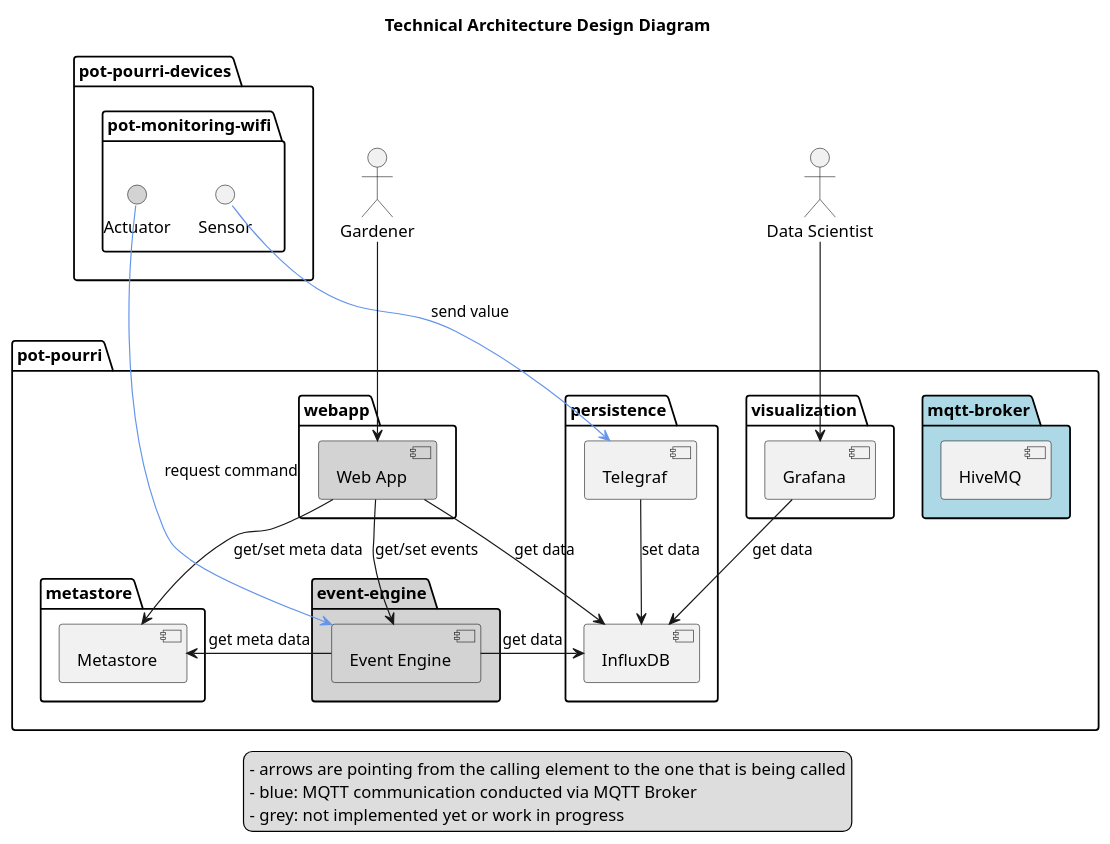
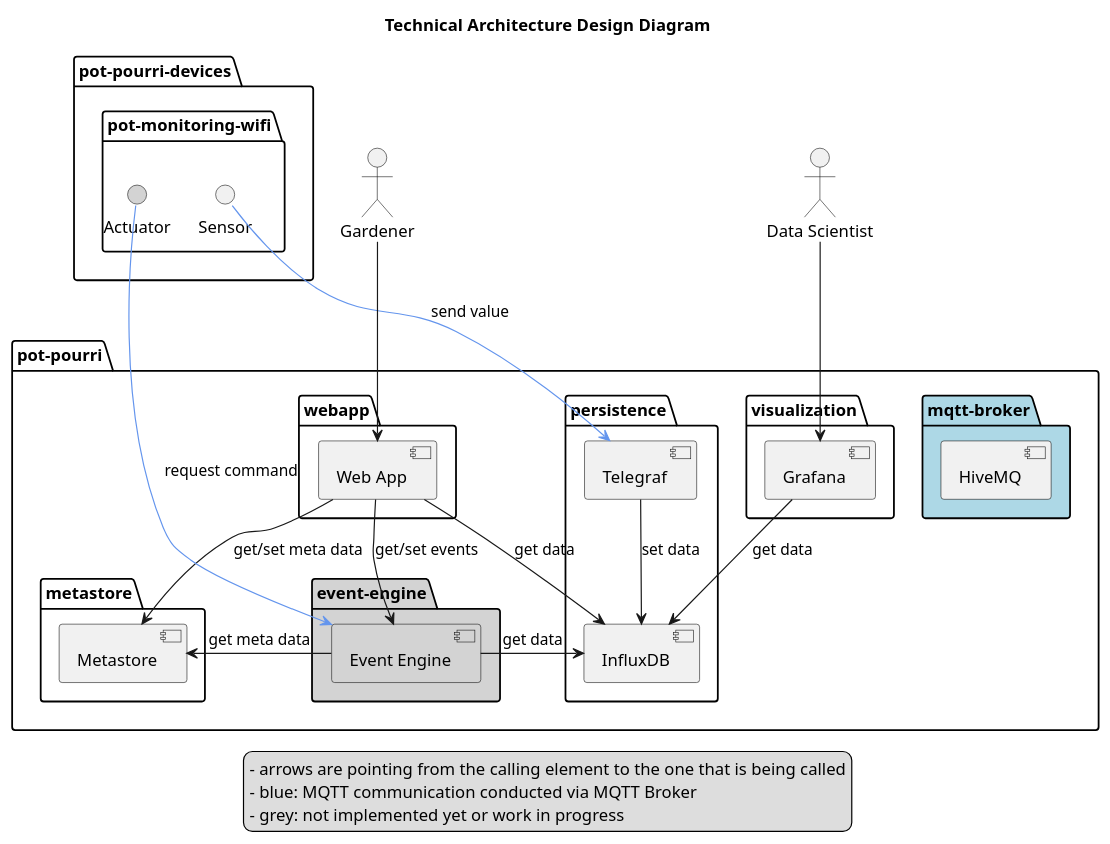
The diagram in docs/technical_architecture_design.plantuml (frederikheld/pot-pourri), drawn with PlantUML before and after one commit. The commit also changed 48 other files, not shown here.

```diff
--- a/docs/technical_architecture_design.plantuml
+++ b/docs/technical_architecture_design.plantuml
@@ -1,72 +1,72 @@
 @startuml
 skinparam componentStyle uml2
 
 title Technical Architecture Design Diagram
 
 actor Gardener
 actor :Data Scientist:
 
 package "pot-pourri" {
 
     package "mqtt-broker" #LightBlue {  
         [HiveMQ] as MQTTBroker
     }
     
     package "visualization" {
         [Grafana]
     }
 
     package "persistence" {
         [InfluxDB]
         [Telegraf]
     }
 
     package "metastore" {
         [Metastore]
     }
 
     package "event-engine" #LightGrey {
         [Event Engine] #LightGrey
     }
 
     ' package "datastore" {
     '     [Datastore] #LightGrey
     ' }
 
     package "webapp" {
-        [Web App] #LightGrey
+        [Web App]
     }
 }
 
 package "pot-pourri-devices" {
     package "pot-monitoring-wifi" {
         () "Sensor"
         () "Actuator" #LightGrey
     }
 }
 
 :Data Scientist: --> [Grafana]
 [Grafana] -[norank]-> [InfluxDB] : get data
 
 [Sensor] --> [Telegraf] #CornflowerBlue : send value
 ' [Sensor] --> [Datastore] #CornflowerBlue : send value
 [Telegraf] --> [InfluxDB] : set data
 
 Gardener --> [Web App]
 [Web App] -> [Metastore] : get/set meta data
 [Web App] --> [Event Engine] : get/set events
 [Web App] --> [InfluxDB] : get data
 
 [Event Engine] -> [InfluxDB] : get data
 [Event Engine] -> [Metastore] : get meta data
 [Actuator] -> [Event Engine] #CornflowerBlue : request command
 
 legend 
     - arrows are pointing from the calling element to the one that is being called
     - blue: MQTT communication conducted via MQTT Broker
     - grey: not implemented yet or work in progress
     'pot-pourri-devices can be found in a separate repository
     'Devices have to call other participants in order to allow energy savings with deep-sleep mode.
     'Deep-sleep mode might not be relevant for Actuators since they will need a lot more energy and therefore an external power supply.
 endlegend
 @enduml
```
